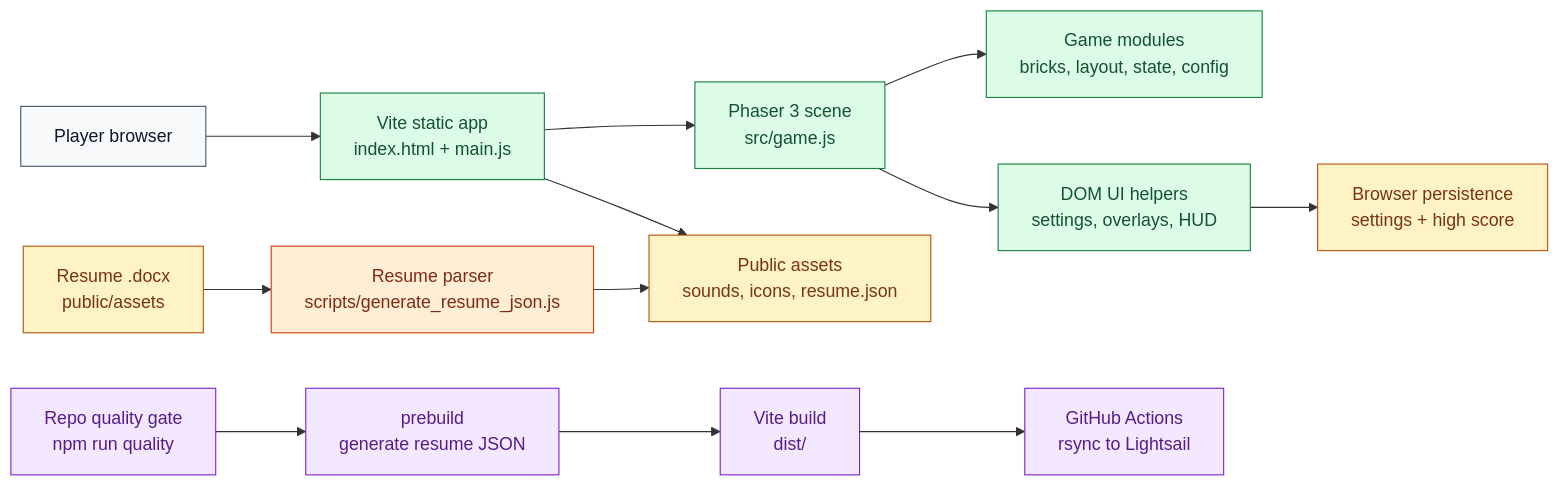
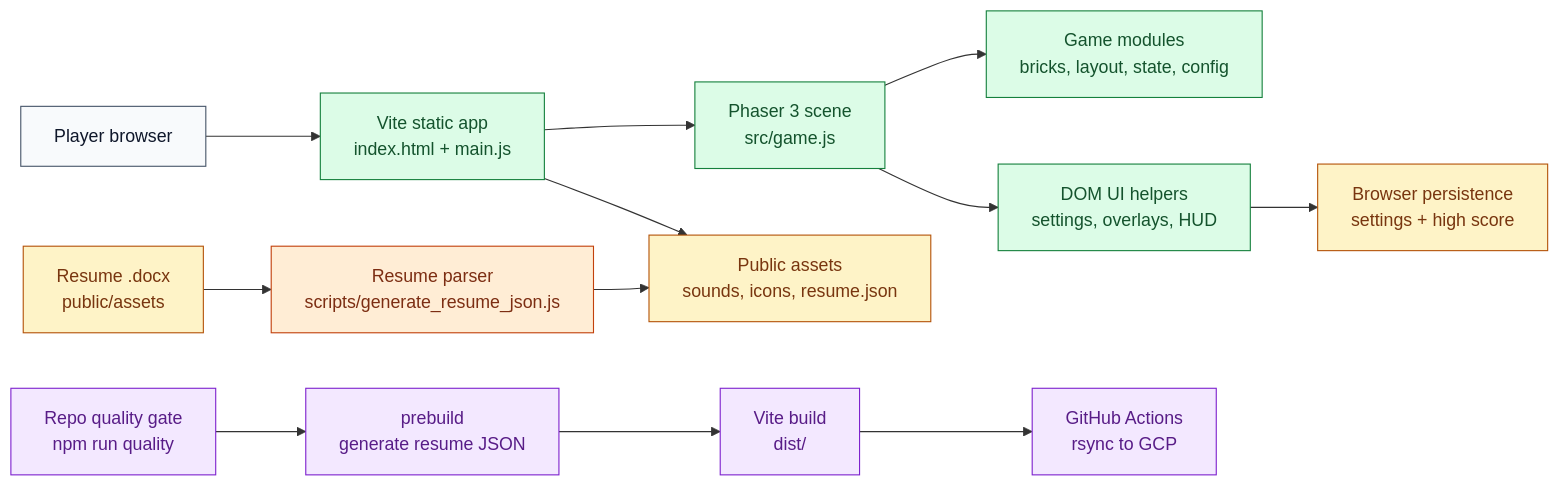
One commit to natezimm/brick-breaker-resume changed the first of 2 diagrams in docs/architecture.md. Above: the diagram before and after it, drawn with Mermaid. The commit also changed other lines of this file and 2 other files, not shown here.

Commit message:
chore: replace lightsail references with gcp

````diff
--- a/docs/architecture.md
+++ b/docs/architecture.md
@@ -9,28 +9,28 @@
 ```mermaid
 flowchart LR
   Player["Player browser"] --> Static["Vite static app<br/>index.html + main.js"]
   Static --> Phaser["Phaser 3 scene<br/>src/game.js"]
   Phaser --> Rules["Game modules<br/>bricks, layout, state, config"]
   Phaser --> UI["DOM UI helpers<br/>settings, overlays, HUD"]
   UI --> BrowserState["Browser persistence<br/>settings + high score"]
   Static --> Assets["Public assets<br/>sounds, icons, resume.json"]
   ResumeDoc["Resume .docx<br/>public/assets"] --> Generator["Resume parser<br/>scripts/generate_resume_json.js"]
   Generator --> Assets
   Repo["Repo quality gate<br/>npm run quality"] --> Prebuild["prebuild<br/>generate resume JSON"]
   Prebuild --> Build["Vite build<br/>dist/"]
-  Build --> Deploy["GitHub Actions<br/>rsync to Lightsail"]
+  Build --> Deploy["GitHub Actions<br/>rsync to GCP"]
 
   classDef user fill:#f8fafc,stroke:#475569,color:#0f172a
   classDef site fill:#e0f2fe,stroke:#0369a1,color:#0c4a6e
   classDef server fill:#ffedd5,stroke:#c2410c,color:#7c2d12
   classDef repo fill:#eef2ff,stroke:#4338ca,color:#312e81
   classDef client fill:#dcfce7,stroke:#15803d,color:#14532d
   classDef data fill:#fef3c7,stroke:#b45309,color:#78350f
   classDef delivery fill:#f3e8ff,stroke:#7e22ce,color:#581c87
   classDef external fill:#fee2e2,stroke:#b91c1c,color:#7f1d1d
   class Player user
   class Static,Phaser,Rules,UI client
   class Assets,BrowserState,ResumeDoc data
   class Repo,Prebuild,Build,Deploy delivery
   class Generator server
 ```
````
